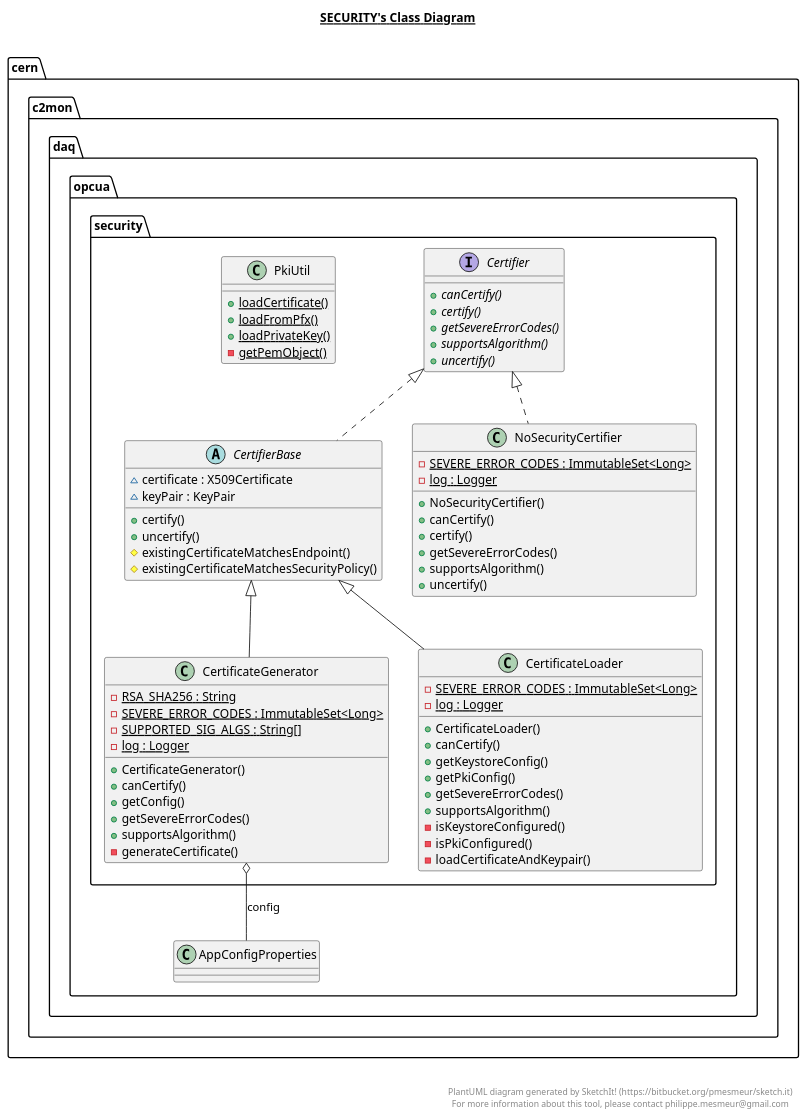
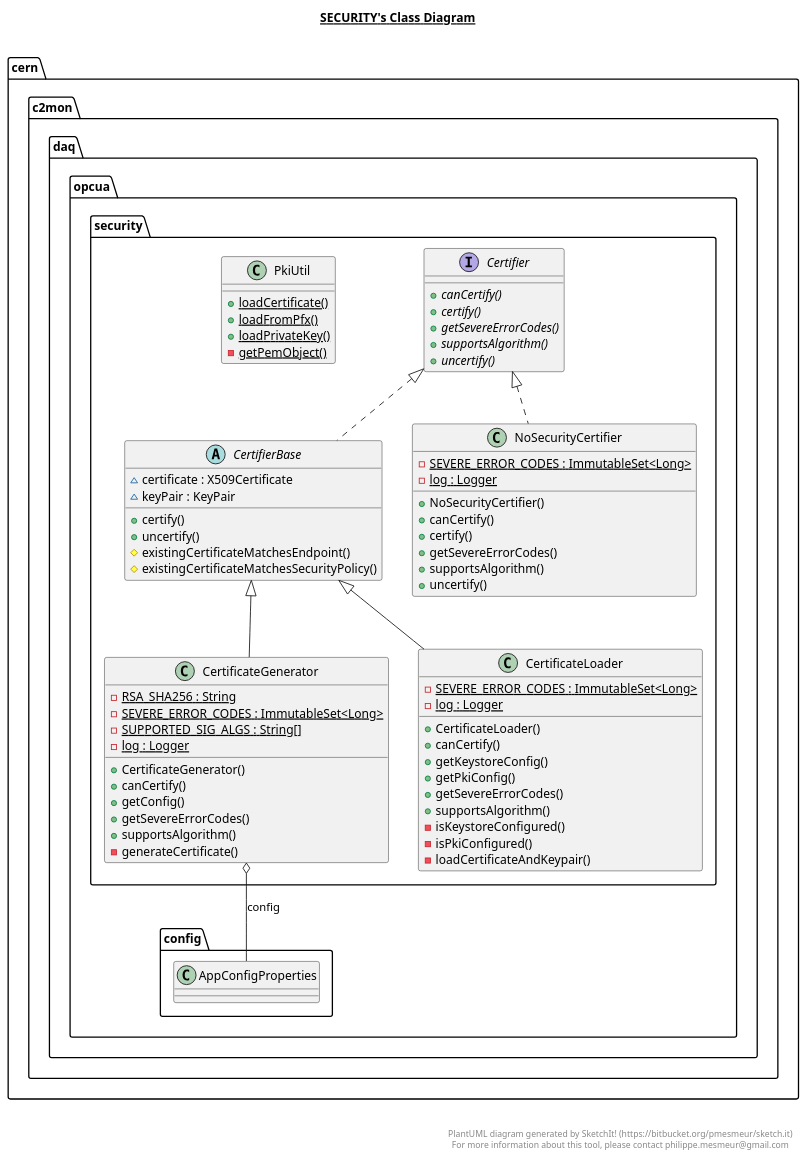
One commit to c2mon/c2mon-daq-opcua changed the diagram in src/main/java/cern/c2mon/daq/opcua/security/security.plantuml. Above: the diagram before and after it, drawn with PlantUML. The commit also changed 56 other files, not shown here.

```diff
--- a/src/main/java/cern/c2mon/daq/opcua/security/security.plantuml
+++ b/src/main/java/cern/c2mon/daq/opcua/security/security.plantuml
@@ -1,113 +1,113 @@
 @startuml
 
 title __SECURITY's Class Diagram__\n
 
   namespace cern.c2mon.daq.opcua {
     namespace security {
       class cern.c2mon.daq.opcua.security.CertificateGenerator {
           {static} - RSA_SHA256 : String
           {static} - SEVERE_ERROR_CODES : ImmutableSet<Long>
           {static} - SUPPORTED_SIG_ALGS : String[]
           {static} - log : Logger
           + CertificateGenerator()
           + canCertify()
           + getConfig()
           + getSevereErrorCodes()
           + supportsAlgorithm()
           - generateCertificate()
       }
     }
   }
   
 
   namespace cern.c2mon.daq.opcua {
     namespace security {
       class cern.c2mon.daq.opcua.security.CertificateLoader {
           {static} - SEVERE_ERROR_CODES : ImmutableSet<Long>
           {static} - log : Logger
           + CertificateLoader()
           + canCertify()
           + getKeystoreConfig()
           + getPkiConfig()
           + getSevereErrorCodes()
           + supportsAlgorithm()
           - isKeystoreConfigured()
           - isPkiConfigured()
           - loadCertificateAndKeypair()
       }
     }
   }
   
 
   namespace cern.c2mon.daq.opcua {
     namespace security {
       interface cern.c2mon.daq.opcua.security.Certifier {
           {abstract} + canCertify()
           {abstract} + certify()
           {abstract} + getSevereErrorCodes()
           {abstract} + supportsAlgorithm()
           {abstract} + uncertify()
       }
     }
   }
   
 
   namespace cern.c2mon.daq.opcua {
     namespace security {
       abstract class cern.c2mon.daq.opcua.security.CertifierBase {
           ~ certificate : X509Certificate
           ~ keyPair : KeyPair
           + certify()
           + uncertify()
           # existingCertificateMatchesEndpoint()
           # existingCertificateMatchesSecurityPolicy()
       }
     }
   }
   
 
   namespace cern.c2mon.daq.opcua {
     namespace security {
       class cern.c2mon.daq.opcua.security.NoSecurityCertifier {
           {static} - SEVERE_ERROR_CODES : ImmutableSet<Long>
           {static} - log : Logger
           + NoSecurityCertifier()
           + canCertify()
           + certify()
           + getSevereErrorCodes()
           + supportsAlgorithm()
           + uncertify()
       }
     }
   }
   
 
   namespace cern.c2mon.daq.opcua {
     namespace security {
       class cern.c2mon.daq.opcua.security.PkiUtil {
           {static} + loadCertificate()
           {static} + loadFromPfx()
           {static} + loadPrivateKey()
           {static} - getPemObject()
       }
     }
   }
   
 
   cern.c2mon.daq.opcua.security.CertificateGenerator -up-|> cern.c2mon.daq.opcua.security.CertifierBase
-  cern.c2mon.daq.opcua.security.CertificateGenerator o-- cern.c2mon.daq.opcua.AppConfigProperties : config
+  cern.c2mon.daq.opcua.security.CertificateGenerator o-- cern.c2mon.daq.opcua.config.AppConfigProperties : config
   cern.c2mon.daq.opcua.security.CertificateLoader -up-|> cern.c2mon.daq.opcua.security.CertifierBase
-  cern.c2mon.daq.opcua.security.CertificateLoader o-- cern.c2mon.daq.opcua.AppConfigProperties.KeystoreConfig : keystoreConfig
-  cern.c2mon.daq.opcua.security.CertificateLoader o-- cern.c2mon.daq.opcua.AppConfigProperties.PKIConfig : pkiConfig
+  cern.c2mon.daq.opcua.security.CertificateLoader o-- cern.c2mon.daq.opcua.config.AppConfigProperties.KeystoreConfig : keystoreConfig
+  cern.c2mon.daq.opcua.security.CertificateLoader o-- cern.c2mon.daq.opcua.config.AppConfigProperties.PKIConfig : pkiConfig
   cern.c2mon.daq.opcua.security.CertifierBase .up.|> cern.c2mon.daq.opcua.security.Certifier
   cern.c2mon.daq.opcua.security.NoSecurityCertifier .up.|> cern.c2mon.daq.opcua.security.Certifier
 
 
 right footer
 
 
 PlantUML diagram generated by SketchIt! (https://bitbucket.org/pmesmeur/sketch.it)
 For more information about this tool, please contact philippe.mesmeur@gmail.com
 endfooter
 
 @enduml
```
